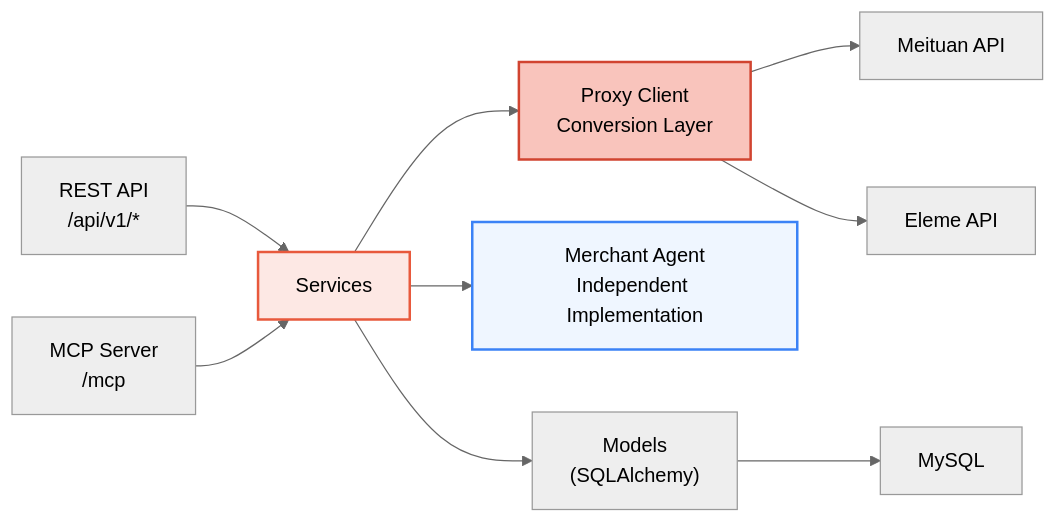
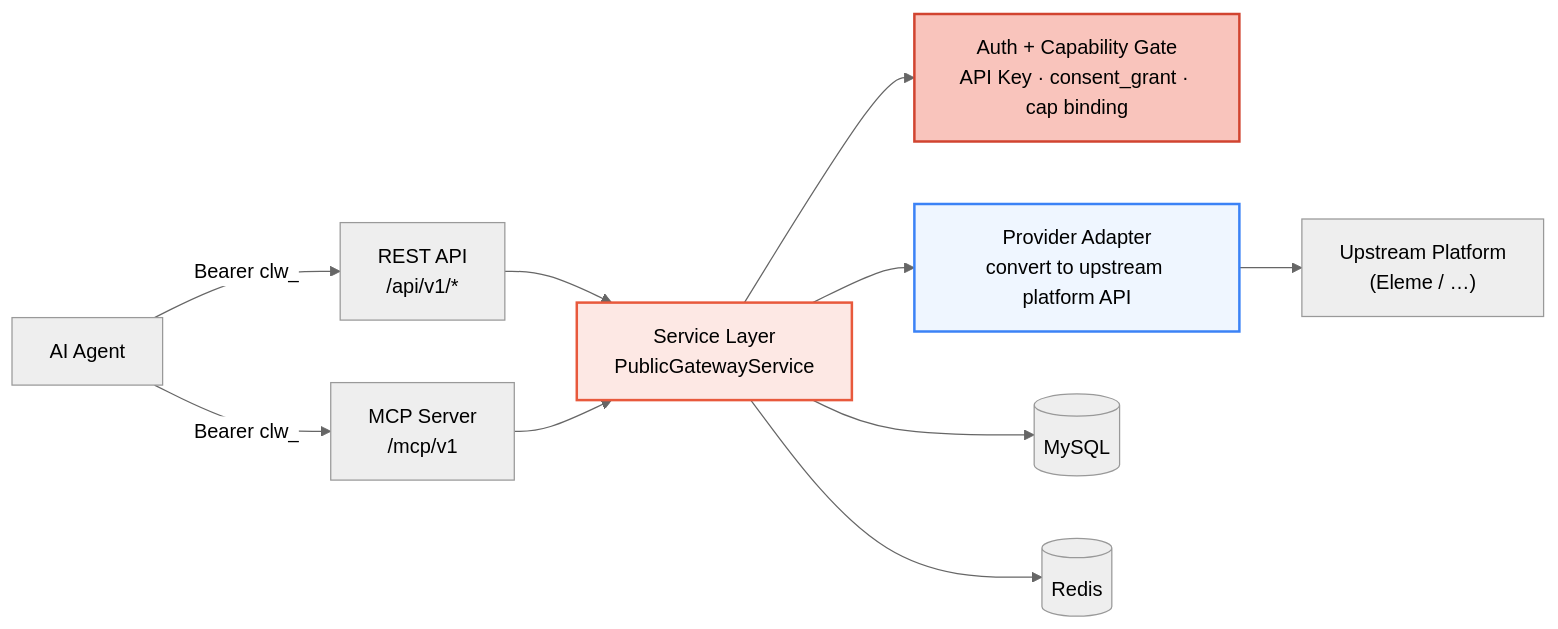
One commit to clawdot/docs changed the first of 3 diagrams in en/gateway/architecture.mdx. Above: the diagram before and after it, drawn with Mermaid (neutral theme). The commit also changed other lines of this file and 96 other files, not shown here.

First line of the commit message:
docs(api): 接入契约文档对齐代码 + MCP 独立 tab (批次1)

````diff
--- a/en/gateway/architecture.mdx
+++ b/en/gateway/architecture.mdx
@@ -39,14 +10,26 @@
 ```mermaid
 graph LR
-  REST["REST API\n/api/v1/*"] --> Services
-  MCP["MCP Server\n/mcp"] --> Services
-  Services --> ProxyClient["Proxy Client<br/>Conversion Layer"]
-  Services --> MerchantAgent["Merchant Agent<br/>Independent Implementation"]
-  ProxyClient --> Platform1["Meituan API"]
-  ProxyClient --> Platform2["Eleme API"]
-  Services --> Models["Models\n(SQLAlchemy)"] --> MySQL
+  Agent["AI Agent"]
+  REST["REST API<br/>/api/v1/*"]
+  MCP["MCP Server<br/>/mcp/v1"]
+  Service["Service Layer<br/>PublicGatewayService"]
+  Gate["Auth + Capability Gate<br/>API Key · consent_grant · cap binding"]
+  Provider["Provider Adapter<br/>convert to upstream platform API"]
+  Upstream["Upstream Platform<br/>(Eleme / …)"]
+  DB[("MySQL")]
+  Redis[("Redis")]
 
-  style Services fill:#fde8e4,stroke:#E8593C,stroke-width:2px
-  style ProxyClient fill:#f9c4bc,stroke:#D14430,stroke-width:2px
-  style MerchantAgent fill:#EFF6FF,stroke:#3B82F6,stroke-width:2px
+  Agent -->|Bearer clw_| REST
+  Agent -->|Bearer clw_| MCP
+  REST --> Service
+  MCP --> Service
+  Service --> Gate
+  Service --> Provider
+  Provider --> Upstream
+  Service --> DB
+  Service --> Redis
+
+  style Service fill:#fde8e4,stroke:#E8593C,stroke-width:2px
+  style Gate fill:#f9c4bc,stroke:#D14430,stroke-width:2px
+  style Provider fill:#EFF6FF,stroke:#3B82F6,stroke-width:2px
 ```
````
